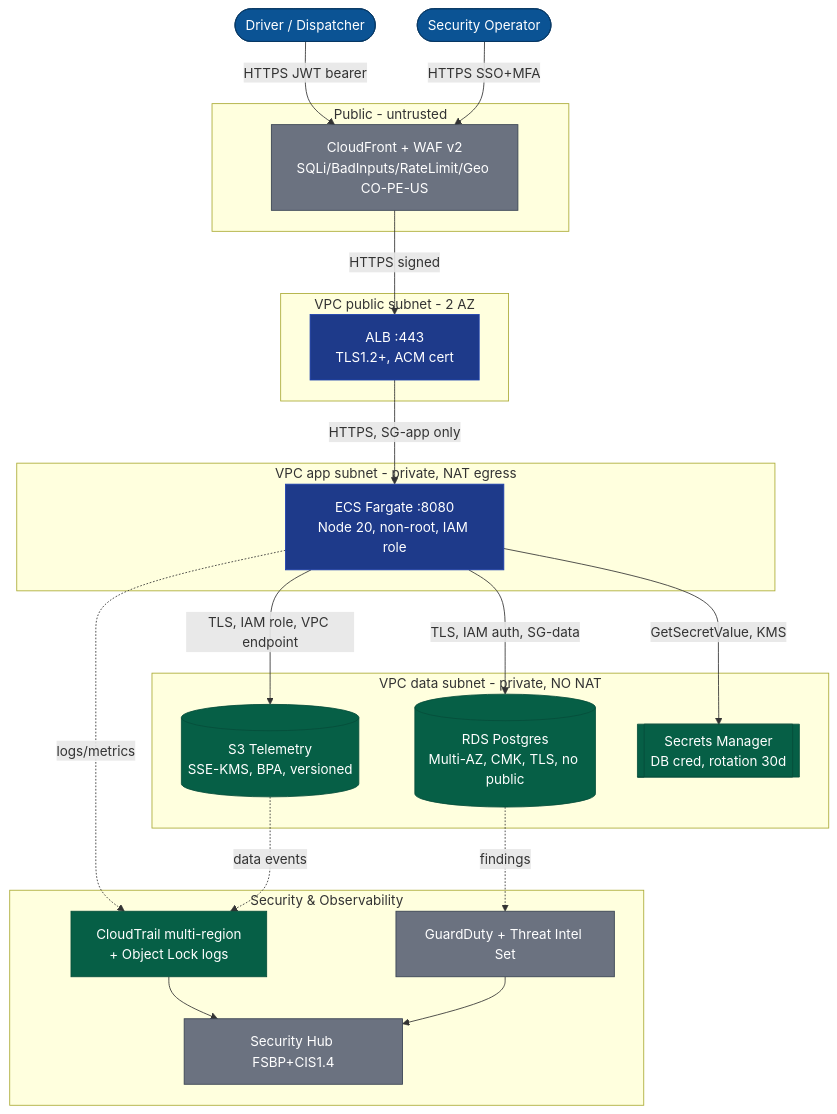
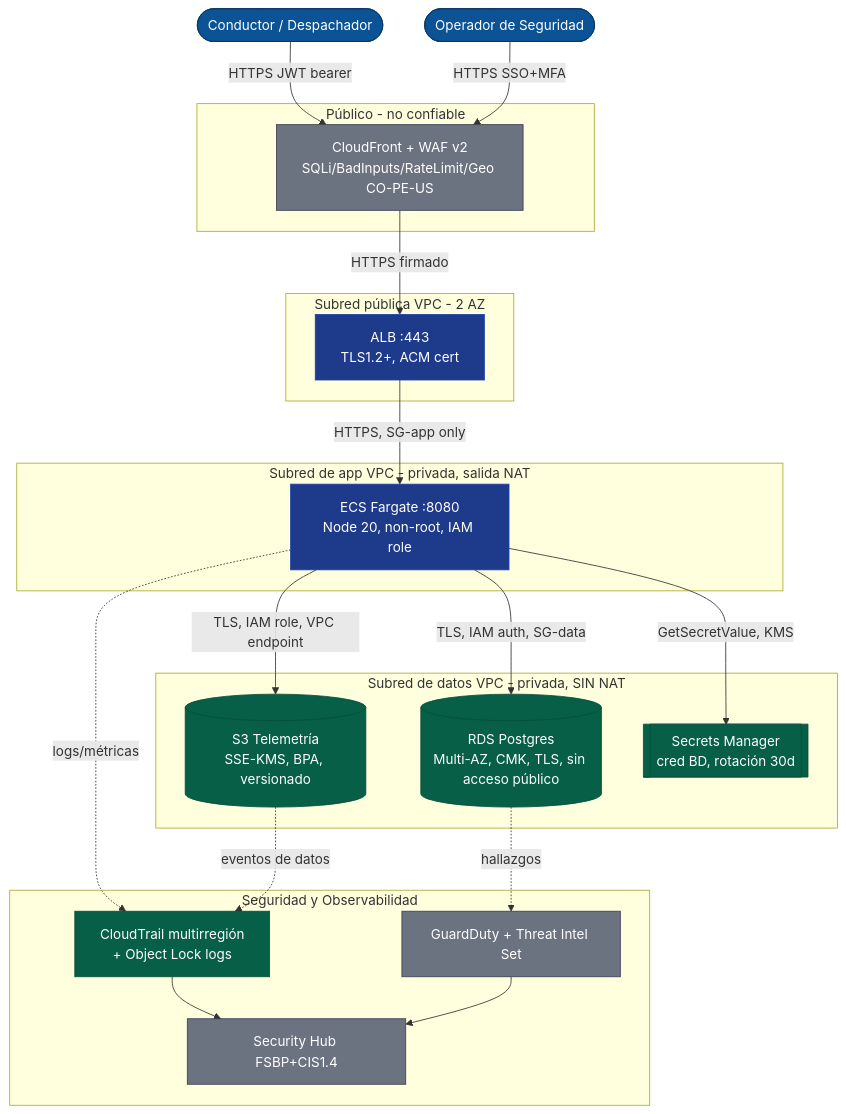
The first of 3 diagrams in docs/diagrams/architecture.md (heilymarcen16rs/fleetsec-security-SM-LC), drawn with Mermaid before and after one commit. The commit also changed other lines of this file and 12 other files, not shown here.

````diff
--- a/docs/diagrams/architecture.md
+++ b/docs/diagrams/architecture.md
@@ -25,43 +25,43 @@
 ```mermaid
 flowchart TB
     classDef person fill:#0B5394,stroke:#073763,color:#fff
     classDef container fill:#1E3A8A,stroke:#1E40AF,color:#fff
     classDef external fill:#6B7280,stroke:#374151,color:#fff
     classDef data fill:#065F46,stroke:#064E3B,color:#fff
 
-    driver([Driver / Dispatcher]):::person
-    admin([Security Operator]):::person
+    driver([Conductor / Despachador]):::person
+    admin([Operador de Seguridad]):::person
 
-    subgraph TB1[Public - untrusted]
+    subgraph TB1[Público - no confiable]
       cdn[CloudFront + WAF v2<br/>SQLi/BadInputs/RateLimit/Geo CO-PE-US]:::external
     end
-    subgraph TB2[VPC public subnet - 2 AZ]
+    subgraph TB2[Subred pública VPC - 2 AZ]
       alb[ALB :443<br/>TLS1.2+, ACM cert]:::container
     end
-    subgraph TB3[VPC app subnet - private, NAT egress]
+    subgraph TB3[Subred de app VPC - privada, salida NAT]
       ecs[ECS Fargate :8080<br/>Node 20, non-root, IAM role]:::container
     end
-    subgraph TB4[VPC data subnet - private, NO NAT]
-      rds[(RDS Postgres<br/>Multi-AZ, CMK, TLS, no public)]:::data
-      s3[(S3 Telemetry<br/>SSE-KMS, BPA, versioned)]:::data
-      sm[[Secrets Manager<br/>DB cred, rotation 30d]]:::data
+    subgraph TB4[Subred de datos VPC - privada, SIN NAT]
+      rds[(RDS Postgres<br/>Multi-AZ, CMK, TLS, sin acceso público)]:::data
+      s3[(S3 Telemetría<br/>SSE-KMS, BPA, versionado)]:::data
+      sm[[Secrets Manager<br/>cred BD, rotación 30d]]:::data
     end
-    subgraph SEC[Security & Observability]
+    subgraph SEC[Seguridad y Observabilidad]
       gd[GuardDuty + Threat Intel Set]:::external
-      ct[CloudTrail multi-region<br/>+ Object Lock logs]:::data
+      ct[CloudTrail multirregión<br/>+ Object Lock logs]:::data
       sh[Security Hub FSBP+CIS1.4]:::external
     end
 
     driver -->|HTTPS JWT bearer| cdn
     admin -->|HTTPS SSO+MFA| cdn
-    cdn -->|HTTPS signed| alb
+    cdn -->|HTTPS firmado| alb
     alb -->|HTTPS, SG-app only| ecs
     ecs -->|TLS, IAM auth, SG-data| rds
     ecs -->|TLS, IAM role, VPC endpoint| s3
     ecs -->|GetSecretValue, KMS| sm
-    ecs -.->|logs/metrics| ct
-    rds -.->|findings| gd
-    s3 -.->|data events| ct
+    ecs -.->|logs/métricas| ct
+    rds -.->|hallazgos| gd
+    s3 -.->|eventos de datos| ct
     ct --> sh
     gd --> sh
 ```
````
